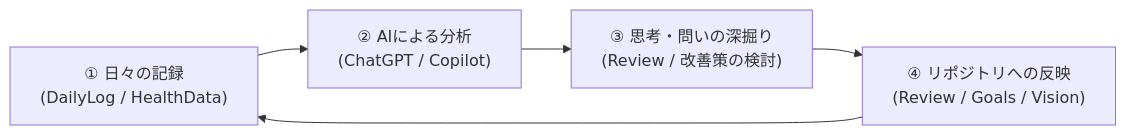
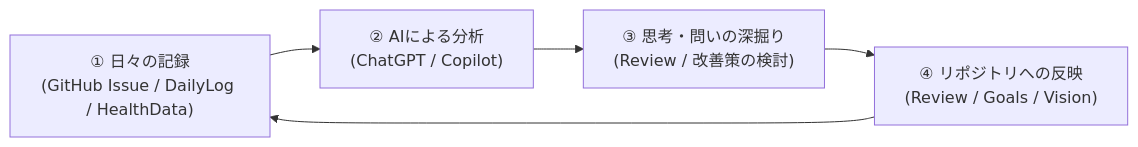
One commit to sntor1994/Personal changed the diagram in README.md. Above: the diagram before and after it, drawn with Mermaid. The commit also changed other lines of this file and 2 other files, not shown here.

````diff
--- a/README.md
+++ b/README.md
@@ -59,7 +59,7 @@
 ```mermaid
 flowchart LR
-    A["① 日々の記録<br>(DailyLog / HealthData)"] --> B["② AIによる分析<br>(ChatGPT / Copilot)"]
+    A["① 日々の記録<br>(GitHub Issue / DailyLog / HealthData)"] --> B["② AIによる分析<br>(ChatGPT / Copilot)"]
     B --> C["③ 思考・問いの深掘り<br>(Review / 改善策の検討)"]
     C --> D["④ リポジトリへの反映<br>(Review / Goals / Vision)"]
     D --> A
 ```
````
